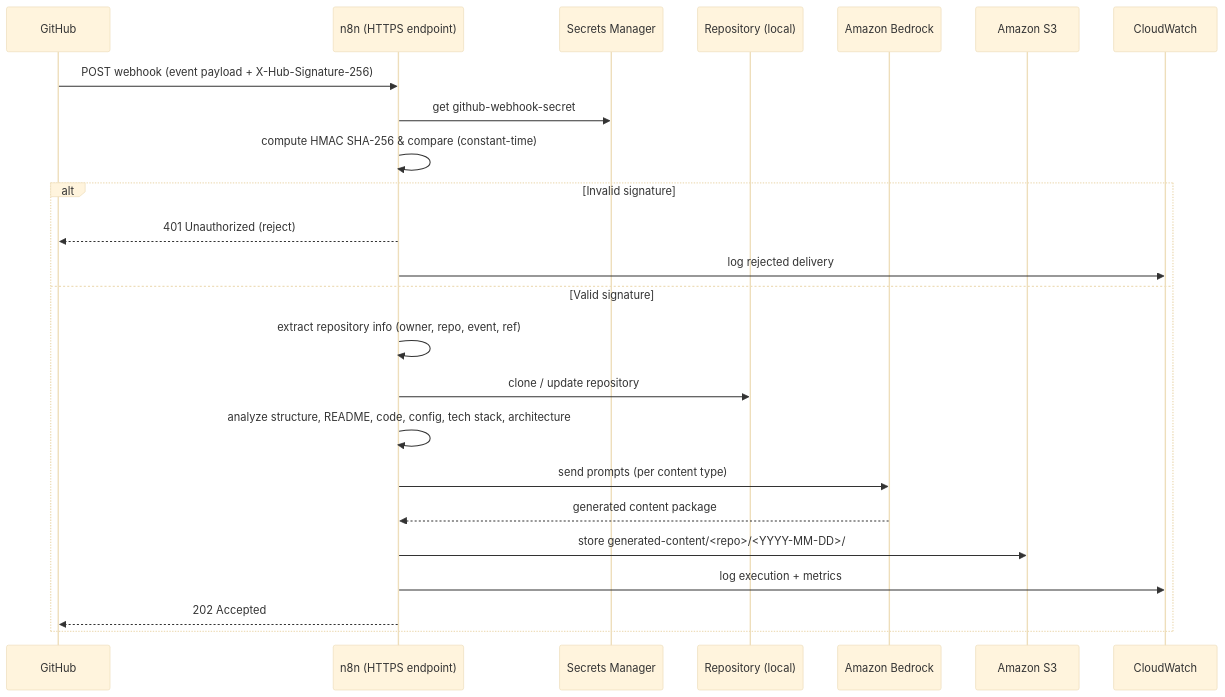
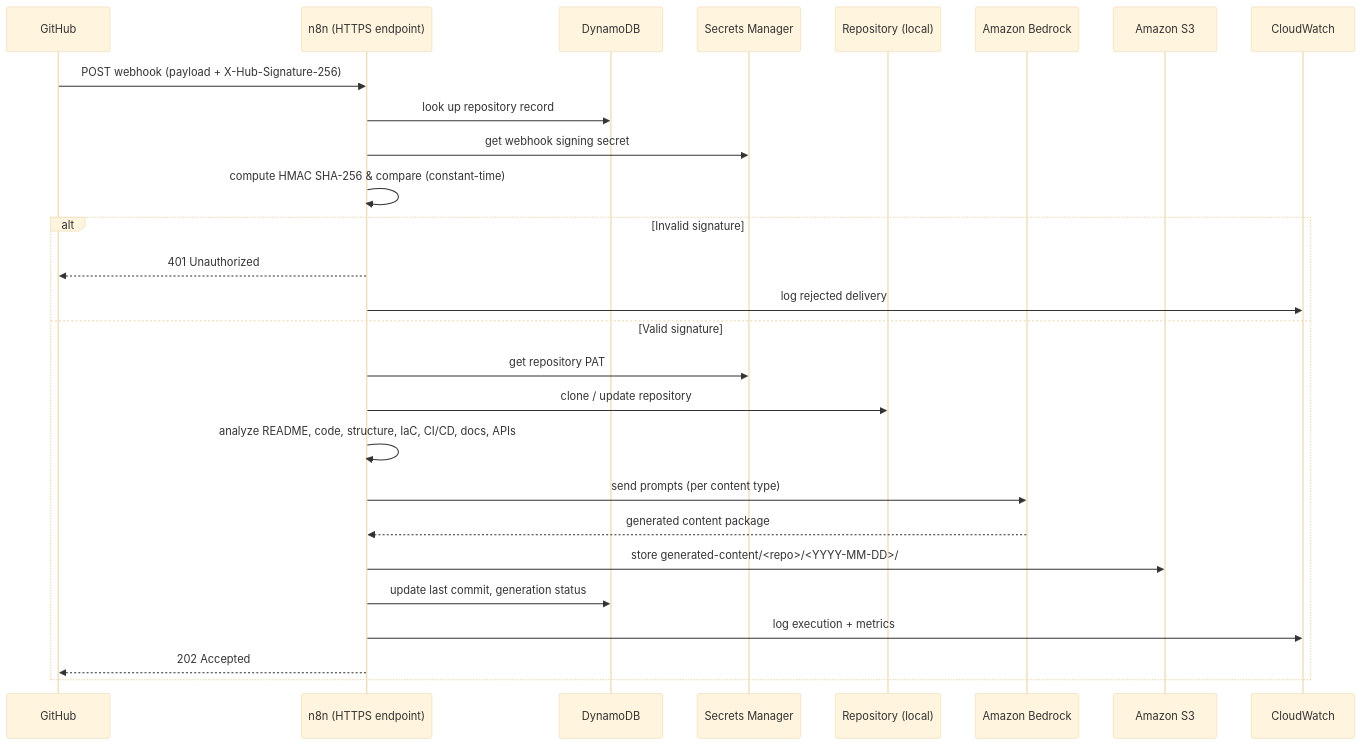
One commit to teddynted/ai-github-repository-blog-generator changed the third of 6 diagrams in README.md. Above: the diagram before and after it, drawn with Mermaid (base theme). The commit also changed other lines of this file and 10 other files, not shown here.

````diff
--- a/README.md
+++ b/README.md
@@ -116,27 +142,30 @@
 ```mermaid
 sequenceDiagram
     participant GH as GitHub
     participant N as n8n (HTTPS endpoint)
+    participant DB as DynamoDB
     participant SM as Secrets Manager
     participant R as Repository (local)
     participant B as Amazon Bedrock
     participant S3 as Amazon S3
     participant CW as CloudWatch
 
-    GH->>N: POST webhook (event payload + X-Hub-Signature-256)
-    N->>SM: get github-webhook-secret
+    GH->>N: POST webhook (payload + X-Hub-Signature-256)
+    N->>DB: look up repository record
+    N->>SM: get webhook signing secret
     N->>N: compute HMAC SHA-256 & compare (constant-time)
     alt Invalid signature
-        N-->>GH: 401 Unauthorized (reject)
+        N-->>GH: 401 Unauthorized
         N->>CW: log rejected delivery
     else Valid signature
-        N->>N: extract repository info (owner, repo, event, ref)
+        N->>SM: get repository PAT
         N->>R: clone / update repository
-        N->>N: analyze structure, README, code, config, tech stack, architecture
+        N->>N: analyze README, code, structure, IaC, CI/CD, docs, APIs
         N->>B: send prompts (per content type)
         B-->>N: generated content package
         N->>S3: store generated-content/<repo>/<YYYY-MM-DD>/
+        N->>DB: update last commit, generation status
         N->>CW: log execution + metrics
         N-->>GH: 202 Accepted
     end
 ```
````
